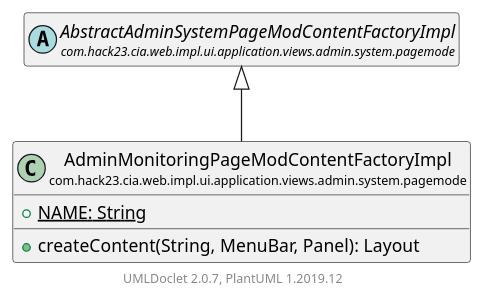
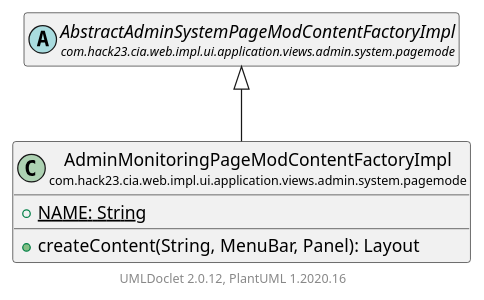
The diagram in apidocs/com/hack23/cia/web/impl/ui/application/views/admin/system/pagemode/AdminMonitoringPageModContentFactoryImpl.puml (Hack23/cia), drawn with PlantUML before and after one commit. The commit also changed 4579 other files, not shown here.

```diff
--- a/apidocs/com/hack23/cia/web/impl/ui/application/views/admin/system/pagemode/AdminMonitoringPageModContentFactoryImpl.puml
+++ b/apidocs/com/hack23/cia/web/impl/ui/application/views/admin/system/pagemode/AdminMonitoringPageModContentFactoryImpl.puml
@@ -1,16 +1,16 @@
 @startuml
     set namespaceSeparator none
     hide empty fields
     hide empty methods
 
     class "<size:14>AdminMonitoringPageModContentFactoryImpl\n<size:10>com.hack23.cia.web.impl.ui.application.views.admin.system.pagemode" as com.hack23.cia.web.impl.ui.application.views.admin.system.pagemode.AdminMonitoringPageModContentFactoryImpl [[AdminMonitoringPageModContentFactoryImpl.html]] {
         {static} +NAME: String
         +createContent(String, MenuBar, Panel): Layout
     }
 
     abstract class "<size:14>AbstractAdminSystemPageModContentFactoryImpl\n<size:10>com.hack23.cia.web.impl.ui.application.views.admin.system.pagemode" as com.hack23.cia.web.impl.ui.application.views.admin.system.pagemode.AbstractAdminSystemPageModContentFactoryImpl [[AbstractAdminSystemPageModContentFactoryImpl.html]]
 
     com.hack23.cia.web.impl.ui.application.views.admin.system.pagemode.AbstractAdminSystemPageModContentFactoryImpl <|-- com.hack23.cia.web.impl.ui.application.views.admin.system.pagemode.AdminMonitoringPageModContentFactoryImpl
 
-    center footer UMLDoclet 2.0.7, PlantUML 1.2019.12
+    center footer UMLDoclet 2.0.12, PlantUML 1.2020.16
 @enduml
```
